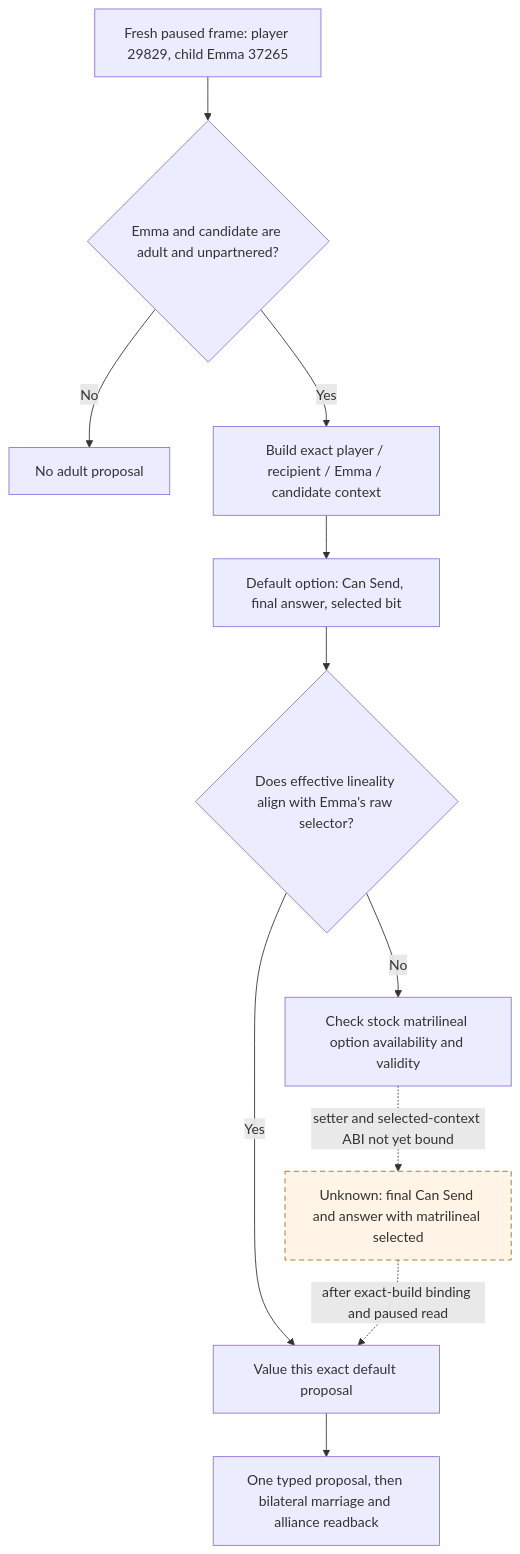
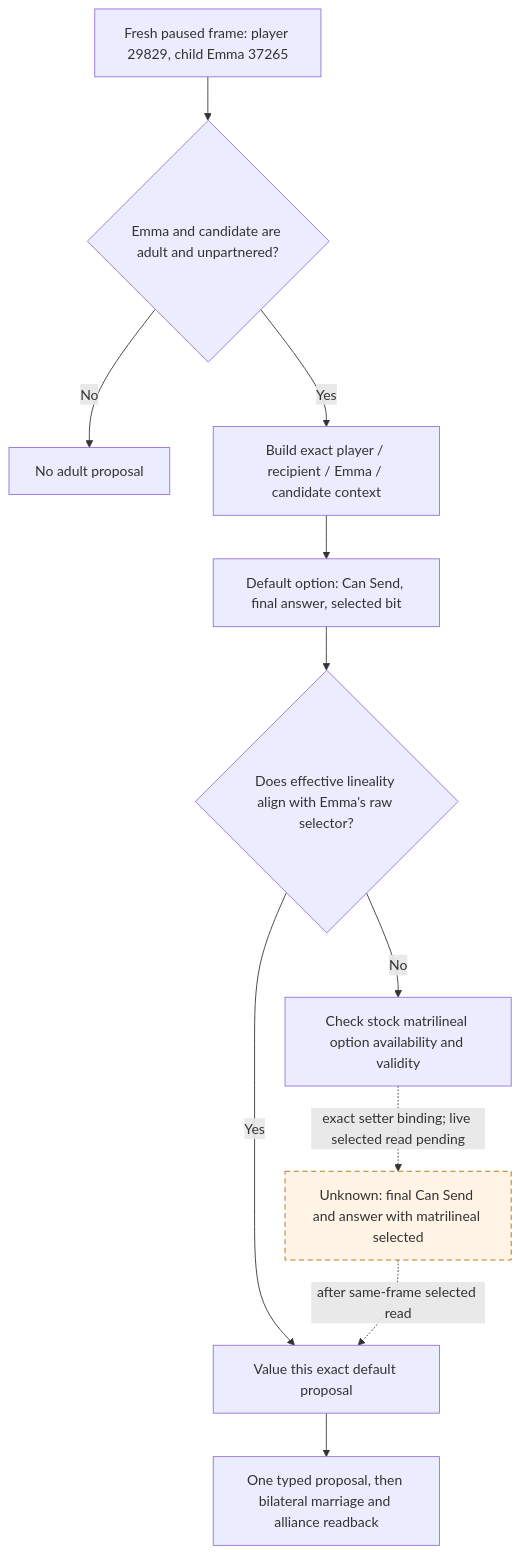
One commit to XenoAmess/ck3_eternal_recurrence changed the second of 2 diagrams in docs/ck3-native-ai/emma-matrilineal-option-2026-09-28.md. Above: the diagram before and after it, drawn with Mermaid. The commit also changed other lines of this file and 11 other files, not shown here.

Commit message:
NW-FAMILY: Read selected child marriage option

````diff
--- a/docs/ck3-native-ai/emma-matrilineal-option-2026-09-28.md
+++ b/docs/ck3-native-ai/emma-matrilineal-option-2026-09-28.md
@@ -46,15 +50,15 @@
 ```mermaid
 flowchart TD
     A["Fresh paused frame: player 29829, child Emma 37265"] --> B{"Emma and candidate are adult and unpartnered?"}
     B -->|No| X["No adult proposal"]
     B -->|Yes| C["Build exact player / recipient / Emma / candidate context"]
     C --> D["Default option: Can Send, final answer, selected bit"]
     D --> E{"Does effective lineality align with Emma's raw selector?"}
     E -->|Yes| V["Value this exact default proposal"]
     E -->|No| F["Check stock matrilineal option availability and validity"]
-    F -. "setter and selected-context ABI not yet bound" .-> U["Unknown: final Can Send and answer with matrilineal selected"]
-    U -. "after exact-build binding and paused read" .-> V
+    F -. "exact setter binding; live selected read pending" .-> U["Unknown: final Can Send and answer with matrilineal selected"]
+    U -. "after same-frame selected read" .-> V
     V --> P["One typed proposal, then bilateral marriage and alliance readback"]
     classDef unknown stroke-dasharray:6 4,fill:#fff4e5,stroke:#b36b00;
     class U unknown;
 ```
````
